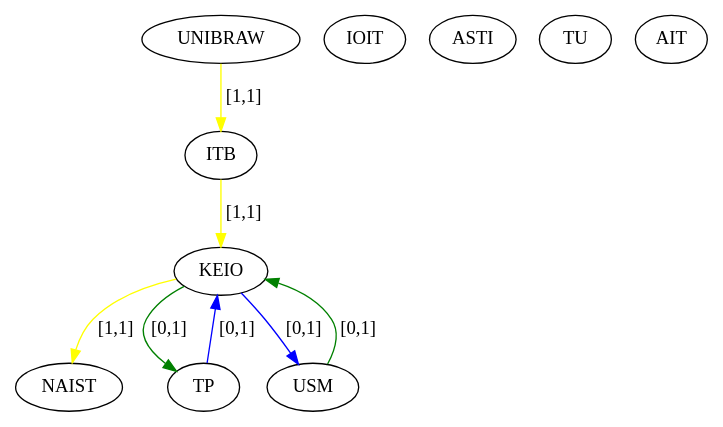
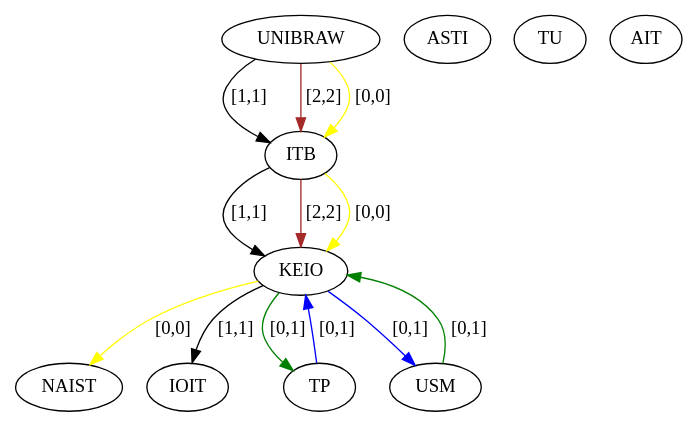
Before and after one commit to Hebbe1234/ExpectAll: the diagram in src/assignedGraphs/assignedRSA.dot, drawn with Graphviz. The commit also changed 9 other files, not shown here.

Commit message:
sequence

```diff
--- a/src/assignedGraphs/assignedRSA.dot
+++ b/src/assignedGraphs/assignedRSA.dot
@@ -1,19 +1,24 @@
 digraph  {
 0 [Internal=1, label=UNIBRAW];
 1 [Internal=1, label=NAIST];
 2 [Internal=1, label=KEIO];
 3 [Internal=1, label=IOIT];
 4 [Internal=1, label=ASTI];
 5 [Internal=1, label=TU];
 6 [Internal=1, label=AIT];
 7 [Internal=1, label=ITB];
 8 [Internal=1, label=TP];
 9 [Internal=1, label=USM];
-0 -> 7  [color=yellow, key=0, label="[1,1]"];
+0 -> 7  [color=black, key=0, label="[1,1]"];
+0 -> 7  [color=brown, key=1, label="[2,2]"];
+0 -> 7  [color=yellow, key=2, label="[0,0]"];
+2 -> 3  [color=black, key=0, label="[1,1]"];
+2 -> 9  [color=blue, key=0, label="[0,1]"];
 2 -> 8  [color=green, key=0, label="[0,1]"];
-2 -> 9  [color=blue, key=0, label="[0,1]"];
-2 -> 1  [color=yellow, key=0, label="[1,1]"];
-7 -> 2  [color=yellow, key=0, label="[1,1]"];
+2 -> 1  [color=yellow, key=0, label="[0,0]"];
+7 -> 2  [color=black, key=0, label="[1,1]"];
+7 -> 2  [color=brown, key=1, label="[2,2]"];
+7 -> 2  [color=yellow, key=2, label="[0,0]"];
 8 -> 2  [color=blue, key=0, label="[0,1]"];
 9 -> 2  [color=green, key=0, label="[0,1]"];
 }
```
